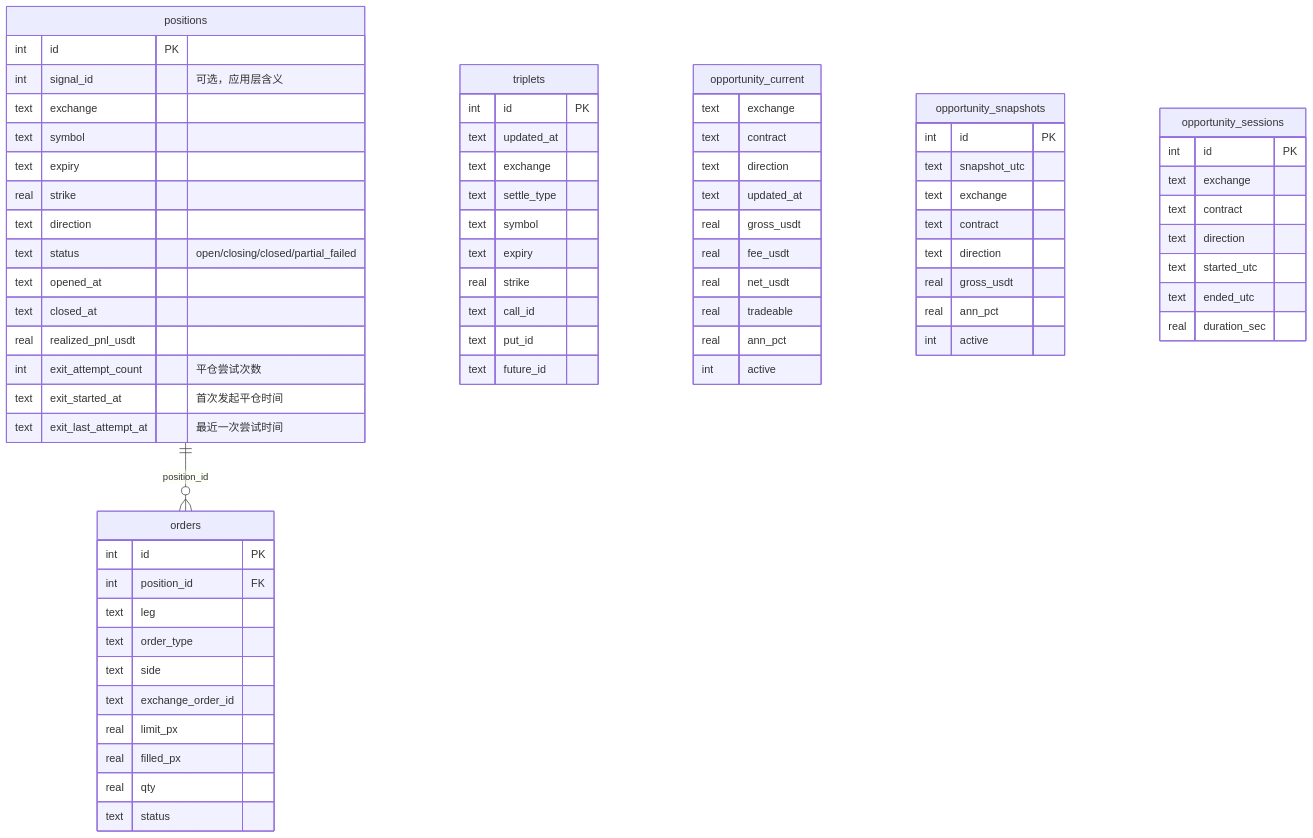
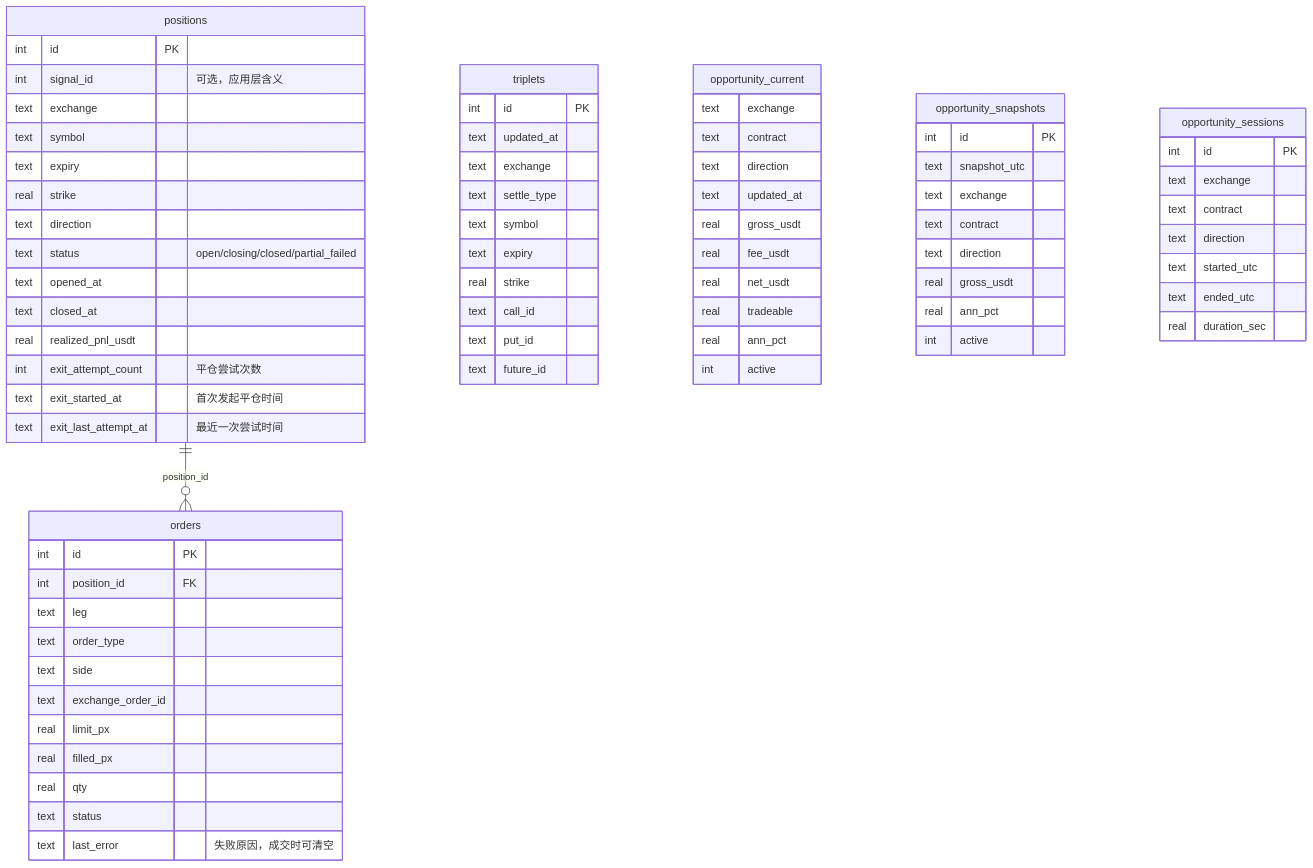
The diagram in docs/architecture-and-flow.md (zf-talk/pcp_arbitrage), drawn with Mermaid before and after one commit. The commit also changed other lines of this file and 34 other files, not shown here.

````diff
--- a/docs/architecture-and-flow.md
+++ b/docs/architecture-and-flow.md
@@ -134,76 +133,77 @@
 ```mermaid
 erDiagram
     positions {
         int id PK
         int signal_id "可选，应用层含义"
         text exchange
         text symbol
         text expiry
         real strike
         text direction
         text status "open/closing/closed/partial_failed"
         text opened_at
         text closed_at
         real realized_pnl_usdt
         int exit_attempt_count "平仓尝试次数"
         text exit_started_at "首次发起平仓时间"
         text exit_last_attempt_at "最近一次尝试时间"
     }
     orders {
         int id PK
         int position_id FK
         text leg
         text order_type
         text side
         text exchange_order_id
         real limit_px
         real filled_px
         real qty
         text status
+        text last_error "失败原因，成交时可清空"
     }
     triplets {
         int id PK
         text updated_at
         text exchange
         text settle_type
         text symbol
         text expiry
         real strike
         text call_id
         text put_id
         text future_id
     }
     opportunity_current {
         text exchange
         text contract
         text direction
         text updated_at
         real gross_usdt
         real fee_usdt
         real net_usdt
         real tradeable
         real ann_pct
         int active
     }
     opportunity_snapshots {
         int id PK
         text snapshot_utc
         text exchange
         text contract
         text direction
         real gross_usdt
         real ann_pct
         int active
     }
     opportunity_sessions {
         int id PK
         text exchange
         text contract
         text direction
         text started_utc
         text ended_utc
         real duration_sec
     }
 
     positions ||--o{ orders : "position_id"
 ```
````
